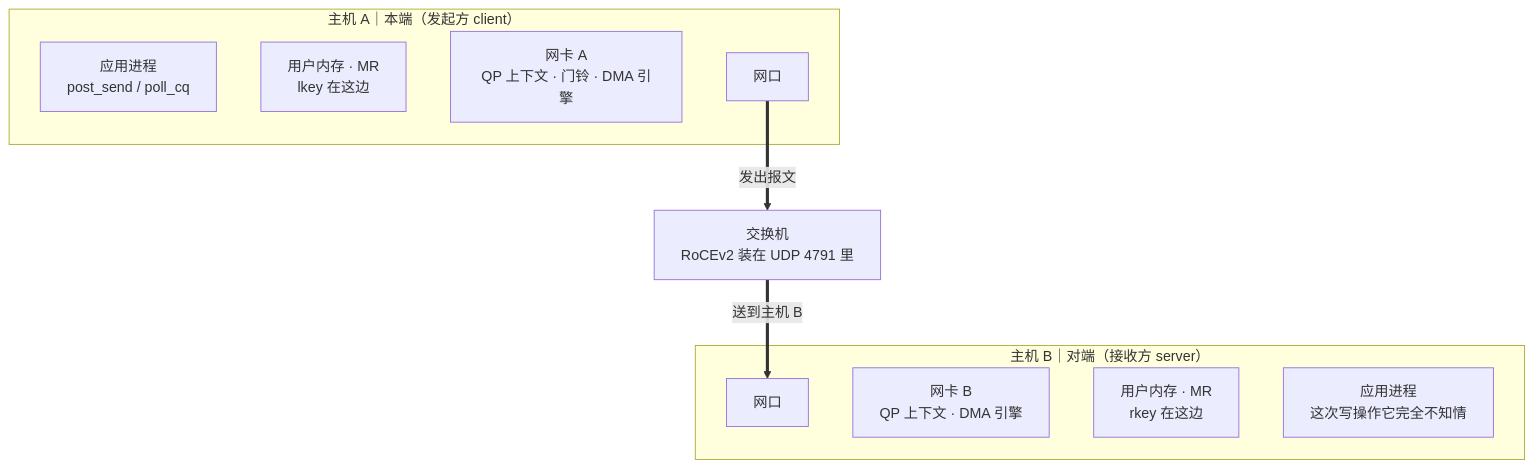
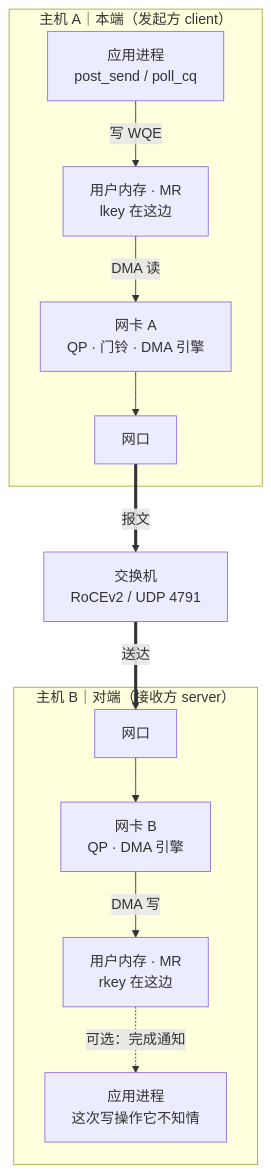
The first of 4 diagrams in _posts/2026-10-26-rdma-datapath.md (lnsyyj/lnsyyj.github.io), drawn with Mermaid before and after one commit. The commit also changed other lines of this file, not shown here.

Commit message:
fix(rdma): 拓扑图内部改为纵向链，收窄宽度；组件图回退分组

````diff
--- a/_posts/2026-10-26-rdma-datapath.md
+++ b/_posts/2026-10-26-rdma-datapath.md
@@ -29,18 +29,24 @@
 ```mermaid
 flowchart TB
     subgraph HA["主机 A｜本端（发起方 client）"]
         A_APP["应用进程<br/>post_send / poll_cq"]
         A_MEM["用户内存 · MR<br/>lkey 在这边"]
-        A_NIC["网卡 A<br/>QP 上下文 · 门铃 · DMA 引擎"]
+        A_NIC["网卡 A<br/>QP · 门铃 · DMA 引擎"]
         A_PORT["网口"]
+        A_APP -->|"写 WQE"| A_MEM
+        A_MEM -->|"DMA 读"| A_NIC
+        A_NIC --> A_PORT
     end
+    SW["交换机<br/>RoCEv2 / UDP 4791"]
     subgraph HB["主机 B｜对端（接收方 server）"]
         B_PORT["网口"]
-        B_NIC["网卡 B<br/>QP 上下文 · DMA 引擎"]
+        B_NIC["网卡 B<br/>QP · DMA 引擎"]
         B_MEM["用户内存 · MR<br/>rkey 在这边"]
-        B_APP["应用进程<br/>这次写操作它完全不知情"]
+        B_APP["应用进程<br/>这次写操作它不知情"]
+        B_PORT --> B_NIC
+        B_NIC -->|"DMA 写"| B_MEM
+        B_MEM -.->|"可选：完成通知"| B_APP
     end
-    SW["交换机<br/>RoCEv2 装在 UDP 4791 里"]
-    A_PORT ==>|"发出报文"| SW
-    SW ==>|"送到主机 B"| B_PORT
+    A_PORT ==>|"报文"| SW
+    SW ==>|"送达"| B_PORT
 ```
````
